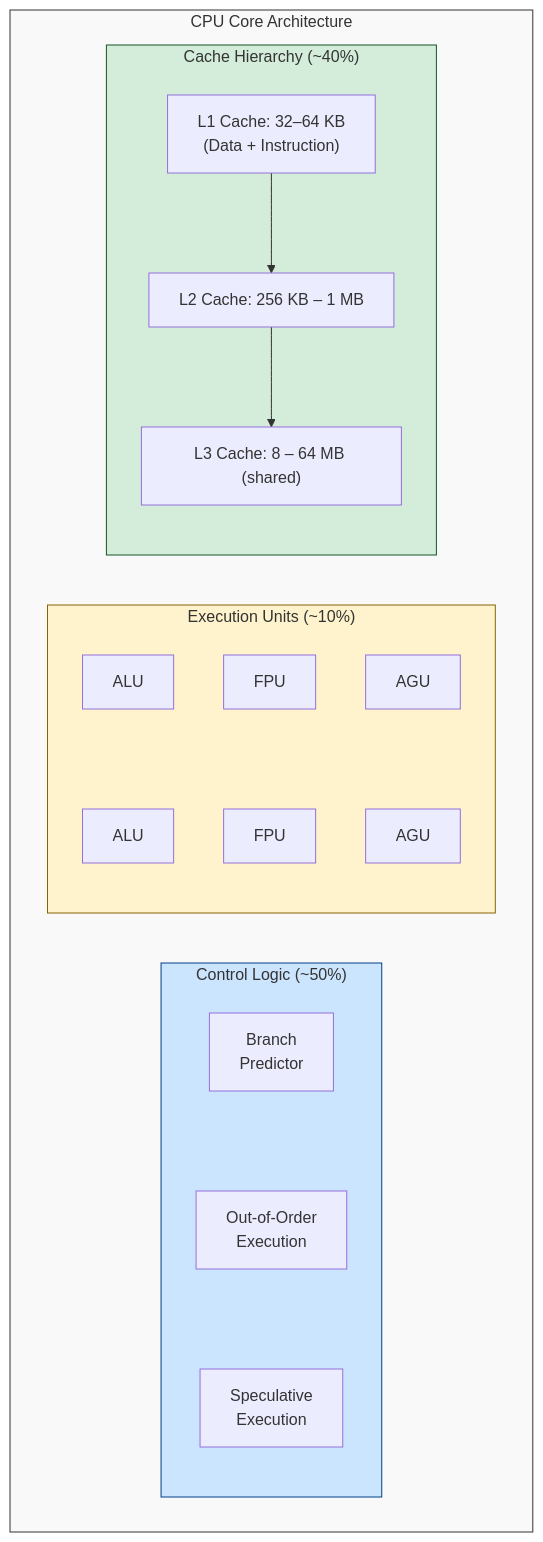
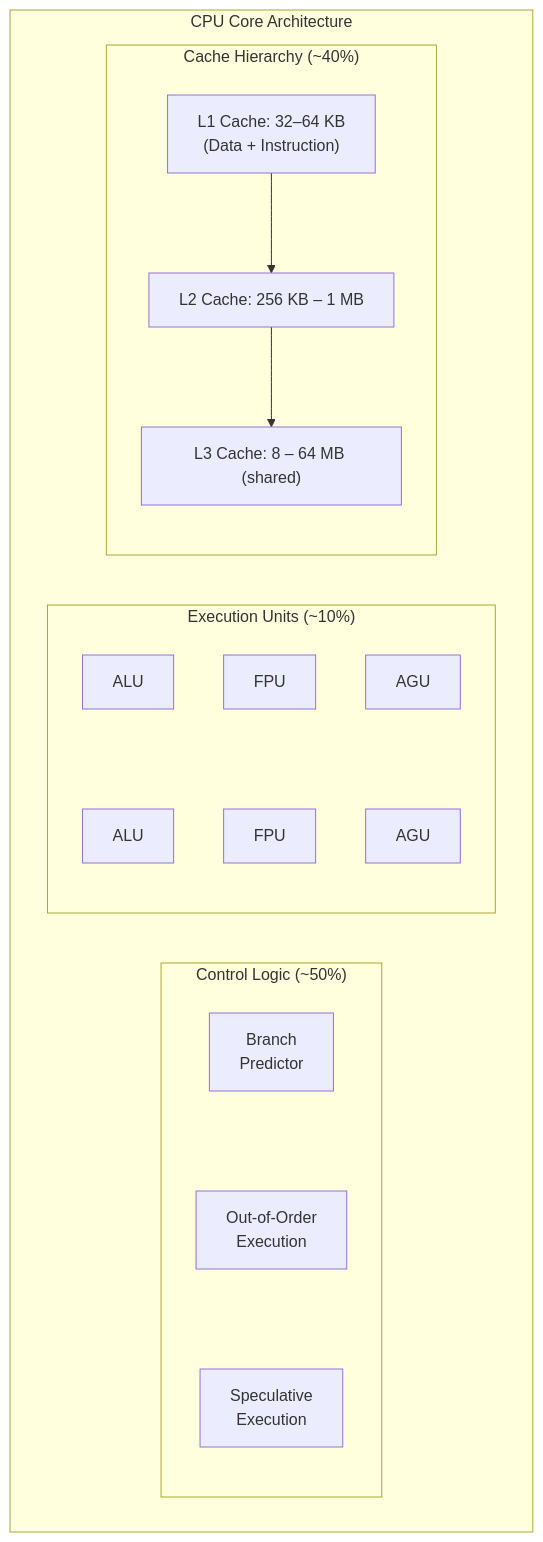
The second of 45 diagrams in docs/GPU_MAP_OPERATOR.md (alirezaazadi/renoir), drawn with Mermaid before and after one commit. The commit also changed other lines of this file, not shown here.

Commit message:
doc: fix the mermaid charts issues

````diff
--- a/docs/GPU_MAP_OPERATOR.md
+++ b/docs/GPU_MAP_OPERATOR.md
@@ -141,26 +138,21 @@
 ```mermaid
 flowchart TB
     subgraph CPU_CORE["CPU Core Architecture"]
         subgraph CONTROL["Control Logic (~50%)"]
-            BP["Branch\nPredictor"] ~~~ OOO["Out-of-Order\nExecution"] ~~~ SPEC["Speculative\nExecution"]
+            BP["Branch<br/>Predictor"] ~~~ OOO["Out-of-Order<br/>Execution"] ~~~ SPEC["Speculative<br/>Execution"]
         end
 
         subgraph EXEC["Execution Units (~10%)"]
             ALU1["ALU"] ~~~ ALU2["ALU"]
             FPU1["FPU"] ~~~ FPU2["FPU"]
             AGU1["AGU"] ~~~ AGU2["AGU"]
         end
 
         subgraph CACHE["Cache Hierarchy (~40%)"]
-            L1["L1 Cache: 32–64 KB\n(Data + Instruction)"]
+            L1["L1 Cache: 32–64 KB<br/>(Data + Instruction)"]
             L2["L2 Cache: 256 KB – 1 MB"]
             L3["L3 Cache: 8 – 64 MB (shared)"]
             L1 --> L2 --> L3
         end
     end
-
-    style CPU_CORE fill:#f9f9f9,stroke:#333
-    style CONTROL fill:#cce5ff,stroke:#004085
-    style EXEC fill:#fff3cd,stroke:#856404
-    style CACHE fill:#d4edda,stroke:#155724
 ```
````
